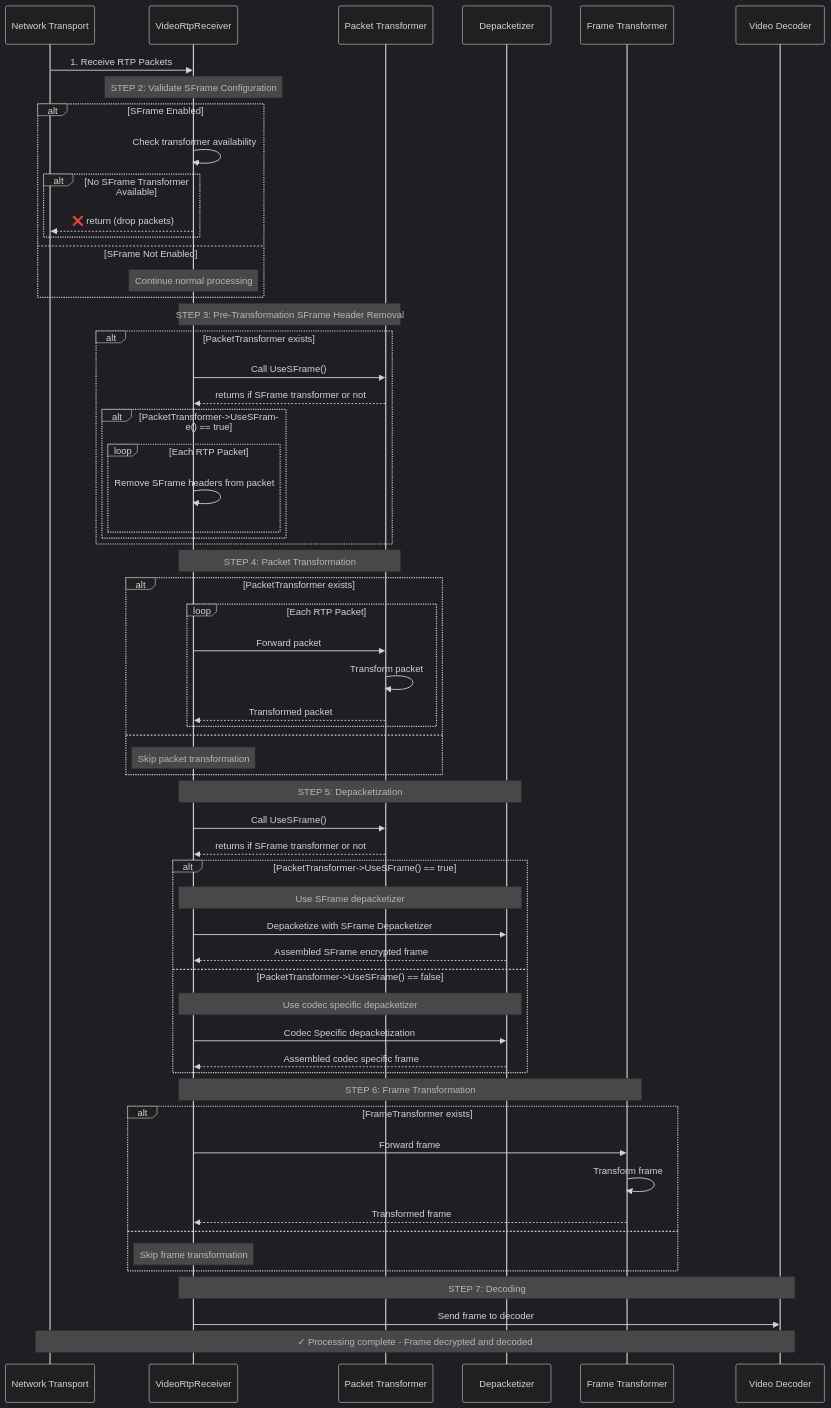
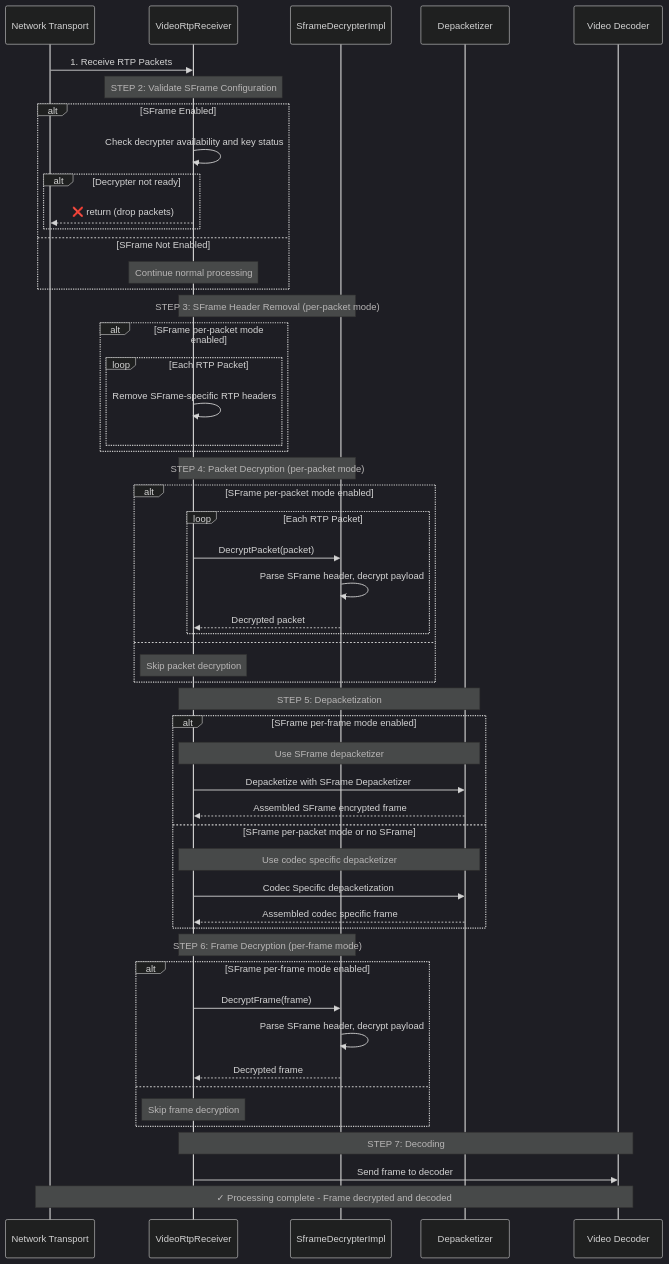
Before and after one commit to webex/webrtc-sframe: diagram 13 of 13 in README.md, drawn with Mermaid (dark theme). The commit also changed other lines of this file and 1 other file, not shown here.

````diff
--- a/README.md
+++ b/README.md
@@ -752,79 +542,70 @@
 ```mermaid
 sequenceDiagram
     participant Network as Network Transport
     participant Receiver as VideoRtpReceiver
-    participant PacketTransformer as Packet Transformer
+    participant Decrypter as SframeDecrypterImpl
     participant Depacketizer as Depacketizer
-    participant FrameTransformer as Frame Transformer
     participant Decoder as Video Decoder
 
     Network->>Receiver: 1. Receive RTP Packets
     
     Note over Receiver: STEP 2: Validate SFrame Configuration
 
     alt SFrame Enabled
-        Receiver->>Receiver: Check transformer availability
-        alt No SFrame Transformer Available
+        Receiver->>Receiver: Check decrypter availability and key status
+        alt Decrypter not ready
             Receiver-->>Network: ❌ return (drop packets)
         end
     else SFrame Not Enabled
         Note over Receiver: Continue normal processing
     end
     
-    Note over Receiver,PacketTransformer: STEP 3: Pre-Transformation SFrame Header Removal
+    Note over Receiver,Decrypter: STEP 3: SFrame Header Removal (per-packet mode)
     
-    alt PacketTransformer exists
-        Receiver->>PacketTransformer: Call UseSFrame()
-        PacketTransformer-->>Receiver: returns if SFrame transformer or not
-        
-        alt PacketTransformer->UseSFrame() == true
-            loop Each RTP Packet
-                Receiver->>Receiver: Remove SFrame headers from packet
-            end
+    alt SFrame per-packet mode enabled
+        loop Each RTP Packet
+            Receiver->>Receiver: Remove SFrame-specific RTP headers
         end
     end
     
-    Note over Receiver,PacketTransformer: STEP 4: Packet Transformation
+    Note over Receiver,Decrypter: STEP 4: Packet Decryption (per-packet mode)
     
-    alt PacketTransformer exists
+    alt SFrame per-packet mode enabled
         loop Each RTP Packet
-            Receiver->>PacketTransformer: Forward packet
-            PacketTransformer->>PacketTransformer: Transform packet
-            PacketTransformer-->>Receiver: Transformed packet
+            Receiver->>Decrypter: DecryptPacket(packet)
+            Decrypter->>Decrypter: Parse SFrame header, decrypt payload
+            Decrypter-->>Receiver: Decrypted packet
         end
     else
-        Note over Receiver: Skip packet transformation
+        Note over Receiver: Skip packet decryption
     end
     
     Note over Receiver,Depacketizer: STEP 5: Depacketization
     
-    Receiver->>PacketTransformer: Call UseSFrame()
-    PacketTransformer-->>Receiver: returns if SFrame transformer or not
-    
-    alt PacketTransformer->UseSFrame() == true
+    alt SFrame per-frame mode enabled
         Note over Receiver,Depacketizer: Use SFrame depacketizer
         
         Receiver->>Depacketizer: Depacketize with SFrame Depacketizer
         Depacketizer-->>Receiver: Assembled SFrame encrypted frame
-    else PacketTransformer->UseSFrame() == false
+    else SFrame per-packet mode or no SFrame
         Note over Receiver,Depacketizer: Use codec specific depacketizer
         
         Receiver->>Depacketizer: Codec Specific depacketization
         Depacketizer-->>Receiver: Assembled codec specific frame
     end
     
-    Note over Receiver,FrameTransformer: STEP 6: Frame Transformation
+    Note over Receiver,Decrypter: STEP 6: Frame Decryption (per-frame mode)
     
-    alt FrameTransformer exists
-        Receiver->>FrameTransformer: Forward frame
-        FrameTransformer->>FrameTransformer: Transform frame
-        FrameTransformer-->>Receiver: Transformed frame
+    alt SFrame per-frame mode enabled
+        Receiver->>Decrypter: DecryptFrame(frame)
+        Decrypter->>Decrypter: Parse SFrame header, decrypt payload
+        Decrypter-->>Receiver: Decrypted frame
     else
-        Note over Receiver: Skip frame transformation
+        Note over Receiver: Skip frame decryption
     end
     
     Note over Receiver,Decoder: STEP 7: Decoding
     Receiver->>Decoder: Send frame to decoder
     
     Note over Network,Decoder: ✓ Processing complete - Frame decrypted and decoded
 ```
````
